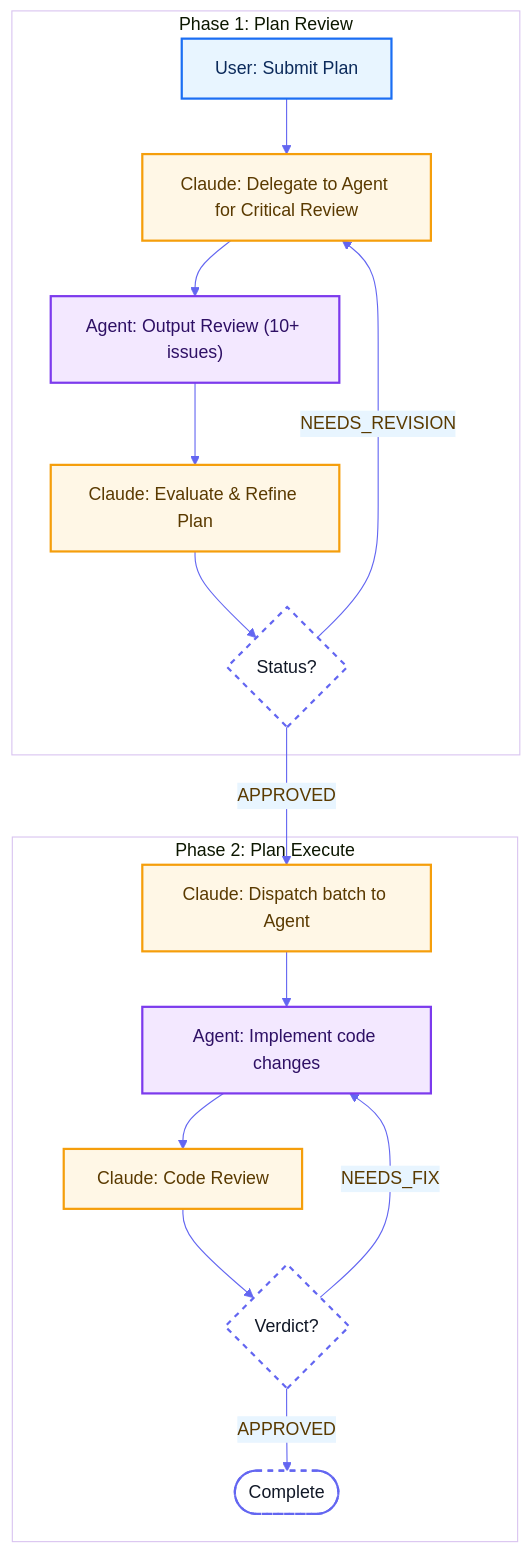
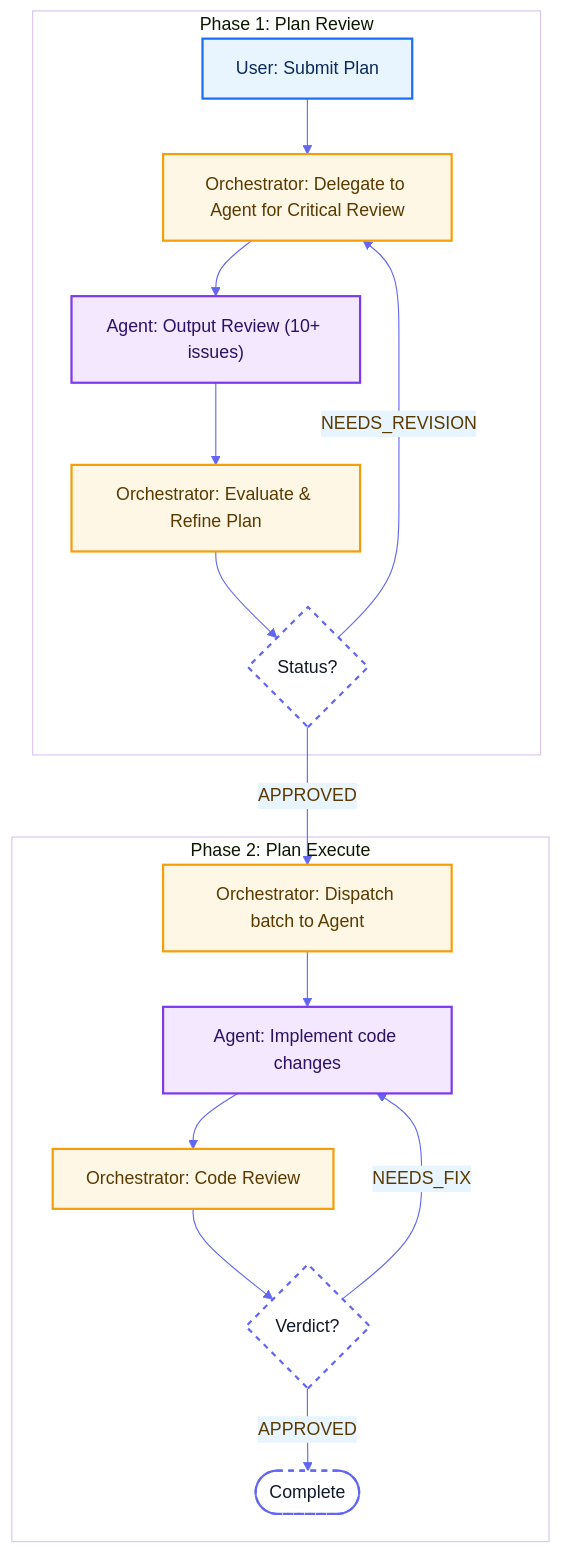
One commit to ZenStudioLab/skills changed the diagram in README.md. Above: the diagram before and after it, drawn with Mermaid. The commit also changed other lines of this file, not shown here.

Commit message:
docs: update README - clarify multi-provider support and expand Peer LLMs skills

````diff
--- a/README.md
+++ b/README.md
@@ -103,31 +107,31 @@
 ```mermaid
 %%{init: {'theme': 'base', 'themeVariables': { 'clusterBkg': 'transparent', 'background': 'transparent', 'primaryColor': '#FFF7E6', 'primaryTextColor': '#5A3A00', 'primaryBorderColor': '#F59E0B', 'lineColor': '#6366F1', 'secondaryColor': '#E8F5FF', 'tertiaryColor': '#F3E8FF'}}}%%
 flowchart TB
   classDef user fill:#E8F5FF,stroke:#1B6EF3,stroke-width:2px,color:#0B2A5B,stroke-dasharray: 0;
-  classDef claude fill:#FFF7E6,stroke:#F59E0B,stroke-width:2px,color:#5A3A00,stroke-dasharray: 0;
+  classDef orchestrator fill:#FFF7E6,stroke:#F59E0B,stroke-width:2px,color:#5A3A00,stroke-dasharray: 0;
   classDef agent fill:#F3E8FF,stroke:#7C3AED,stroke-width:2px,color:#2E1065,stroke-dasharray: 0;
   classDef decision fill:#FFFFFF,stroke:#6366F1,stroke-width:2px,color:#111827,stroke-dasharray: 5 5;
 
   subgraph P1["Phase 1: Plan Review"]
     U1["User: Submit Plan"]:::user
-    C1["Claude: Delegate to Agent for Critical Review"]:::claude
+    O1["Orchestrator: Delegate to Agent for Critical Review"]:::orchestrator
     X1["Agent: Output Review (10+ issues)"]:::agent
-    C2["Claude: Evaluate & Refine Plan"]:::claude
+    O2["Orchestrator: Evaluate & Refine Plan"]:::orchestrator
     D1{"Status?"}:::decision
-    U1 --> C1 --> X1 --> C2 --> D1
-    D1 -- "NEEDS_REVISION" --> C1
+    U1 --> O1 --> X1 --> O2 --> D1
+    D1 -- "NEEDS_REVISION" --> O1
   end
 
   subgraph P2["Phase 2: Plan Execute"]
-    C3["Claude: Dispatch batch to Agent"]:::claude
+    O3["Orchestrator: Dispatch batch to Agent"]:::orchestrator
     X2["Agent: Implement code changes"]:::agent
-    C4["Claude: Code Review"]:::claude
+    O4["Orchestrator: Code Review"]:::orchestrator
     D2{"Verdict?"}:::decision
     Done([Complete]):::decision
-    C3 --> X2 --> C4 --> D2
+    O3 --> X2 --> O4 --> D2
     D2 -- "NEEDS_FIX" --> X2
     D2 -- "APPROVED" --> Done
   end
 
-  D1 -- "APPROVED" --> C3
+  D1 -- "APPROVED" --> O3
 ```
````
